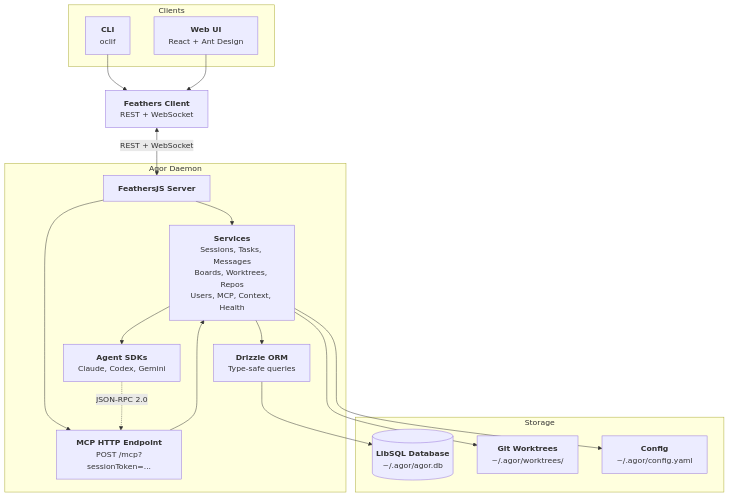
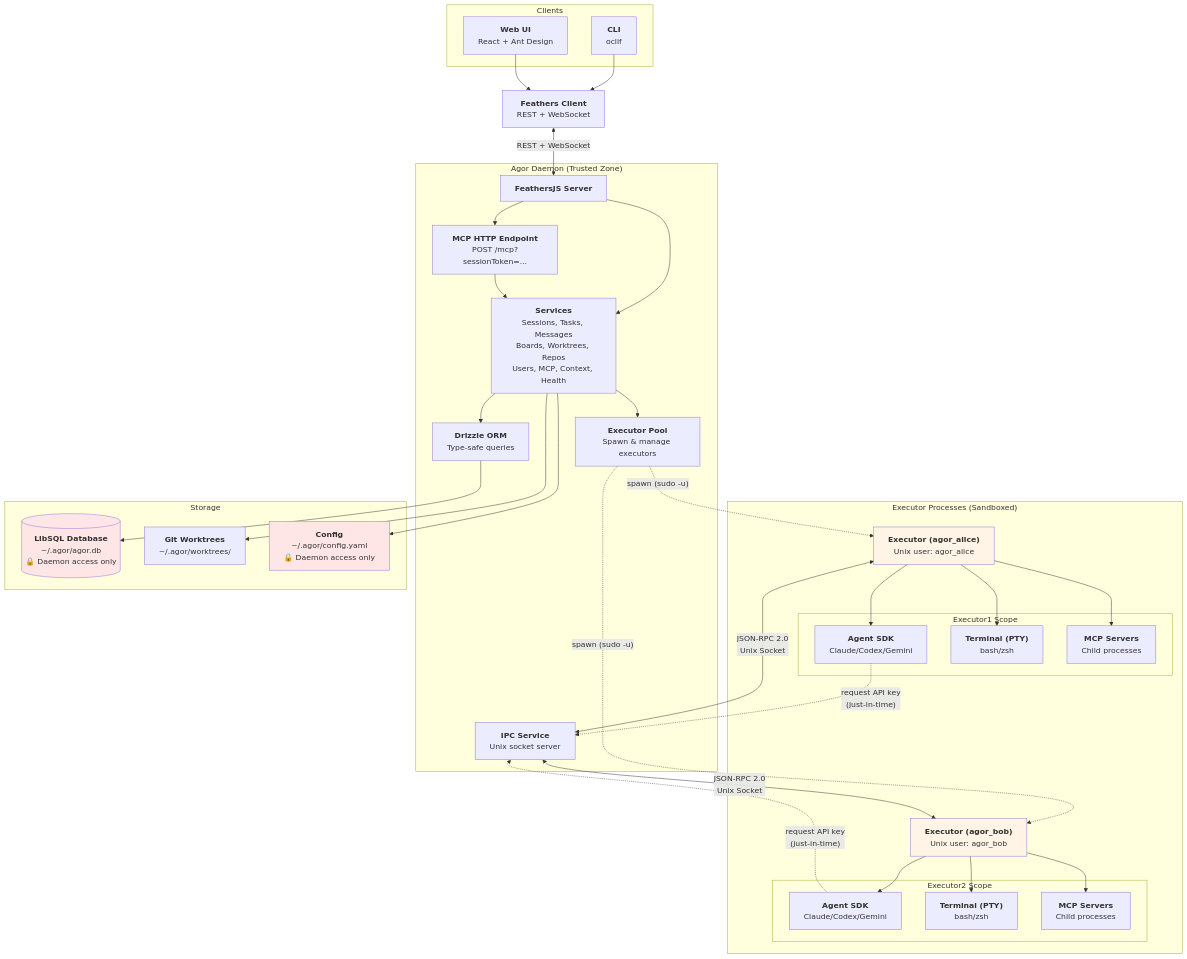
One commit to 13ty/agor changed the first of 2 diagrams in apps/agor-docs/pages/guide/architecture.mdx. Above: the diagram before and after it, drawn with Mermaid. The commit also changed other lines of this file and 173 other files, not shown here.

First line of the commit message:
feat: implement executor isolation for secure SDK execution (#319)

````diff
--- a/apps/agor-docs/pages/guide/architecture.mdx
+++ b/apps/agor-docs/pages/guide/architecture.mdx
@@ -12,38 +16,77 @@
 ```mermaid
 graph TB
     subgraph Clients
         CLI["<b>CLI</b><br/>oclif"]
         UI["<b>Web UI</b><br/>React + Ant Design"]
     end
 
     Client["<b>Feathers Client</b><br/>REST + WebSocket"]
 
-    subgraph "Agor Daemon"
+    subgraph "Agor Daemon (Trusted Zone)"
         Feathers["<b>FeathersJS Server</b>"]
         MCP["<b>MCP HTTP Endpoint</b><br/>POST /mcp?sessionToken=..."]
         Services["<b>Services</b><br/>Sessions, Tasks, Messages<br/>Boards, Worktrees, Repos<br/>Users, MCP, Context, Health"]
-        AgentSDKs["<b>Agent SDKs</b><br/>Claude, Codex, Gemini"]
+        ExecutorPool["<b>Executor Pool</b><br/>Spawn & manage executors"]
+        IPCService["<b>IPC Service</b><br/>Unix socket server"]
         ORM["<b>Drizzle ORM</b><br/>Type-safe queries"]
     end
 
+    subgraph "Executor Processes (Sandboxed)"
+        Executor1["<b>Executor (agor_alice)</b><br/>Unix user: agor_alice"]
+        Executor2["<b>Executor (agor_bob)</b><br/>Unix user: agor_bob"]
+
+        subgraph "Executor1 Scope"
+            SDK1["<b>Agent SDK</b><br/>Claude/Codex/Gemini"]
+            Terminal1["<b>Terminal (PTY)</b><br/>bash/zsh"]
+            MCPServers1["<b>MCP Servers</b><br/>Child processes"]
+        end
+
+        subgraph "Executor2 Scope"
+            SDK2["<b>Agent SDK</b><br/>Claude/Codex/Gemini"]
+            Terminal2["<b>Terminal (PTY)</b><br/>bash/zsh"]
+            MCPServers2["<b>MCP Servers</b><br/>Child processes"]
+        end
+    end
+
     subgraph Storage
-        DB[("<b>LibSQL Database</b><br/>~/.agor/agor.db")]
+        DB[("<b>LibSQL Database</b><br/>~/.agor/agor.db<br/>🔒 Daemon access only")]
         Git["<b>Git Worktrees</b><br/>~/.agor/worktrees/"]
-        Config["<b>Config</b><br/>~/.agor/config.yaml"]
+        Config["<b>Config</b><br/>~/.agor/config.yaml<br/>🔒 Daemon access only"]
     end
 
     CLI --> Client
     UI --> Client
     Client <-->|REST + WebSocket| Feathers
 
     Feathers --> Services
     Feathers --> MCP
     MCP --> Services
     Services --> ORM
-    Services --> AgentSDKs
-    AgentSDKs -.->|JSON-RPC 2.0| MCP
+    Services --> ExecutorPool
+
+    ExecutorPool -.->|"spawn (sudo -u)"| Executor1
+    ExecutorPool -.->|"spawn (sudo -u)"| Executor2
+
+    IPCService <-->|"JSON-RPC 2.0<br/>Unix Socket"| Executor1
+    IPCService <-->|"JSON-RPC 2.0<br/>Unix Socket"| Executor2
+
+    Executor1 --> SDK1
+    Executor1 --> Terminal1
+    Executor1 --> MCPServers1
+
+    Executor2 --> SDK2
+    Executor2 --> Terminal2
+    Executor2 --> MCPServers2
 
     ORM --> DB
     Services --> Git
     Services --> Config
+
+    SDK1 -.->|"request API key<br/>(just-in-time)"| IPCService
+    SDK2 -.->|"request API key<br/>(just-in-time)"| IPCService
+
+    style Executor1 fill:#fff4e6
+    style Executor2 fill:#fff4e6
+    style DB fill:#ffe6e6
+    style Config fill:#ffe6e6
 ```
````
